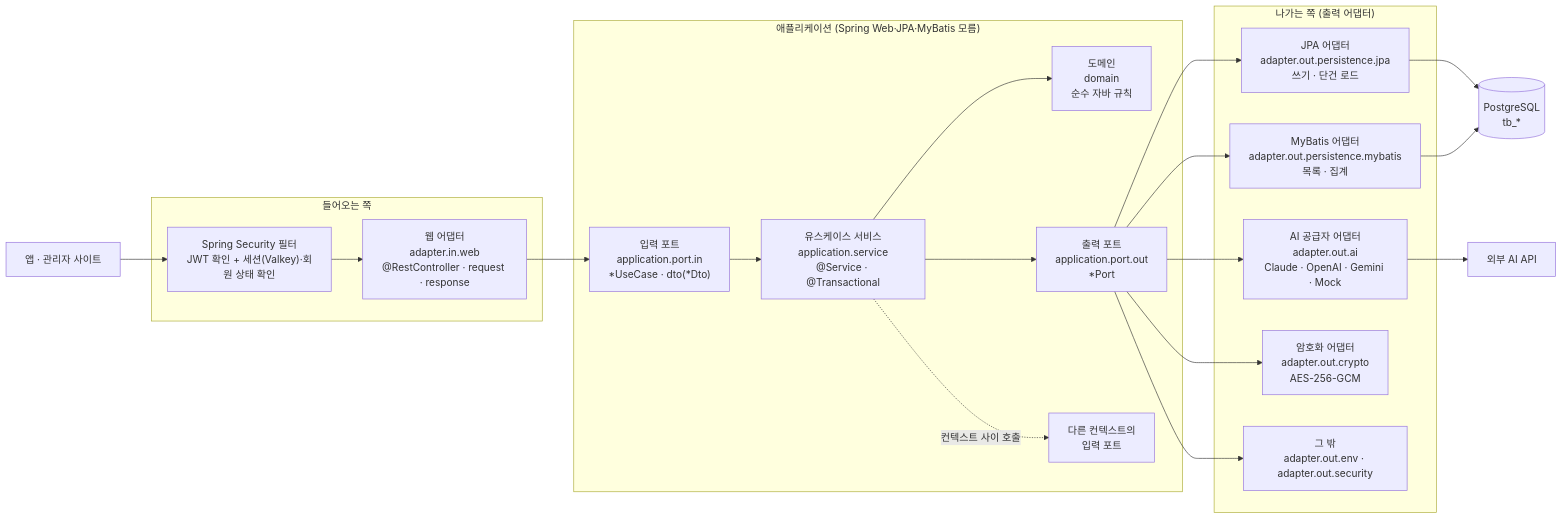
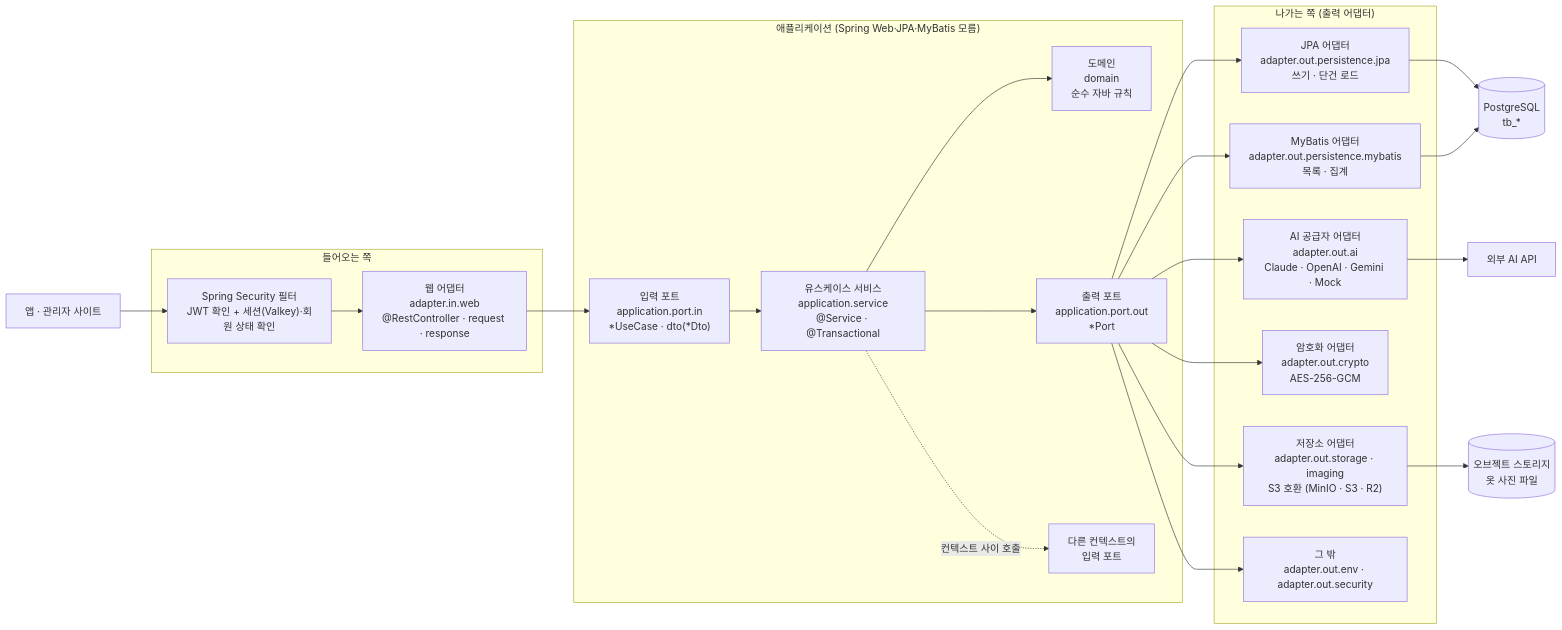
One commit to showzone83/wearly changed the first of 14 diagrams in doc/10_백엔드_흐름.md. Above: the diagram before and after it, drawn with Mermaid. The commit also changed other lines of this file and 46 other files, not shown here.

````diff
--- a/doc/10_백엔드_흐름.md
+++ b/doc/10_백엔드_흐름.md
@@ -14,38 +14,41 @@
 ```mermaid
 flowchart LR
   Client["앱 · 관리자 사이트"]
 
   subgraph IN["들어오는 쪽"]
     Filter["Spring Security 필터<br/>JWT 확인 + 세션(Valkey)·회원 상태 확인"]
     Web["웹 어댑터<br/>adapter.in.web<br/>@RestController · request · response"]
   end
 
   subgraph APP["애플리케이션 (Spring Web·JPA·MyBatis 모름)"]
     PortIn["입력 포트<br/>application.port.in<br/>*UseCase · dto(*Dto)"]
     Service["유스케이스 서비스<br/>application.service<br/>@Service · @Transactional"]
     Domain["도메인<br/>domain<br/>순수 자바 규칙"]
     PortOut["출력 포트<br/>application.port.out<br/>*Port"]
     Other["다른 컨텍스트의<br/>입력 포트"]
   end
 
   subgraph OUT["나가는 쪽 (출력 어댑터)"]
     Jpa["JPA 어댑터<br/>adapter.out.persistence.jpa<br/>쓰기 · 단건 로드"]
     MyBatis["MyBatis 어댑터<br/>adapter.out.persistence.mybatis<br/>목록 · 집계"]
     Ai["AI 공급자 어댑터<br/>adapter.out.ai<br/>Claude · OpenAI · Gemini · Mock"]
     Crypto["암호화 어댑터<br/>adapter.out.crypto<br/>AES-256-GCM"]
+    Storage["저장소 어댑터<br/>adapter.out.storage · imaging<br/>S3 호환 (MinIO · S3 · R2)"]
     Etc["그 밖<br/>adapter.out.env · adapter.out.security"]
   end
 
   DB[("PostgreSQL<br/>tb_*")]
   Ext["외부 AI API"]
+  Obj[("오브젝트 스토리지<br/>옷 사진 파일")]
 
   Client --> Filter --> Web --> PortIn --> Service
   Service --> Domain
   Service --> PortOut
   Service -. "컨텍스트 사이 호출" .-> Other
   PortOut --> Jpa --> DB
   PortOut --> MyBatis --> DB
   PortOut --> Ai --> Ext
   PortOut --> Crypto
+  PortOut --> Storage --> Obj
   PortOut --> Etc
 ```
````
